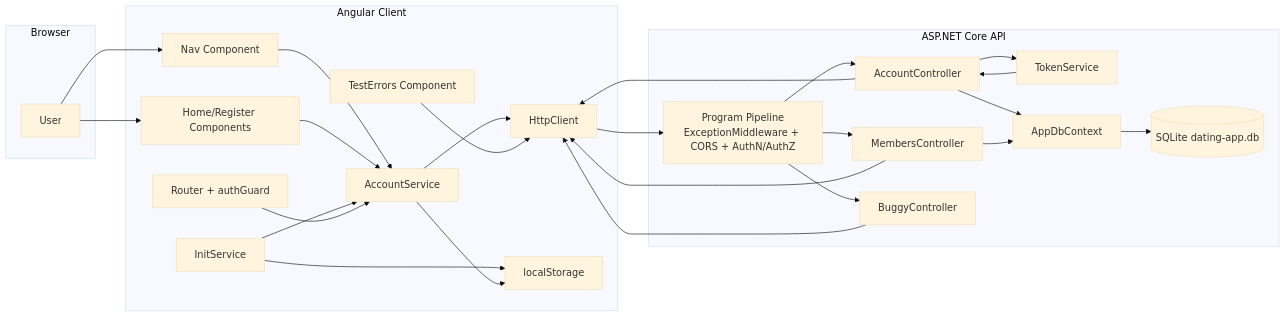
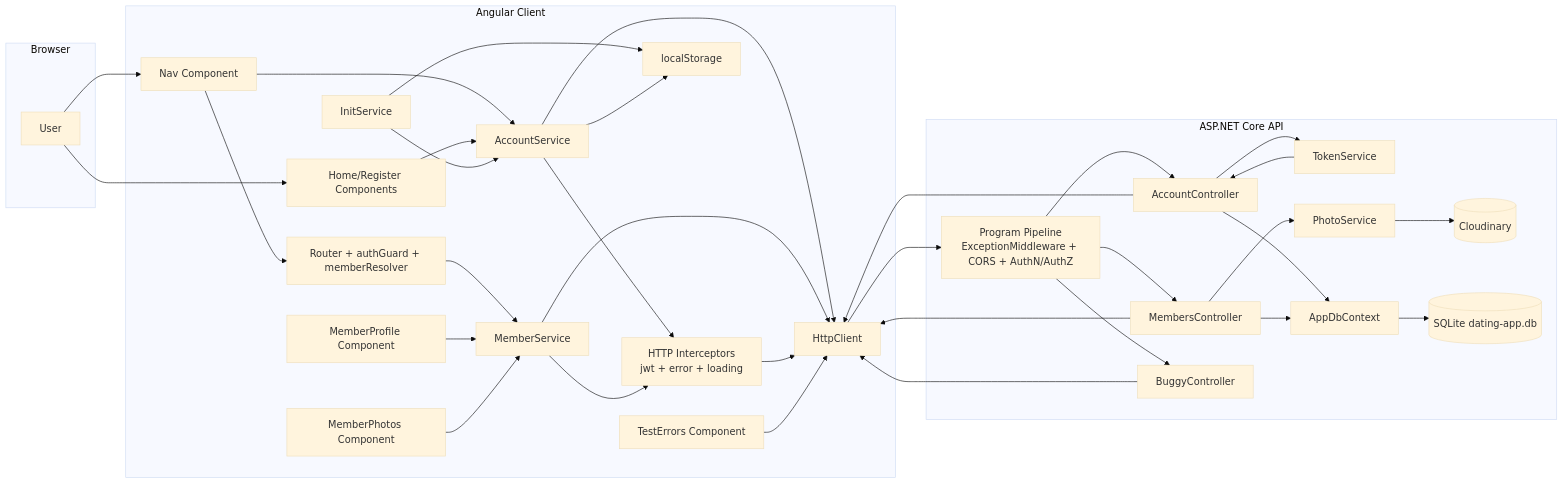
Before and after one commit to stevhook/dating-app: the first of 8 diagrams in docs/code-interactions.md, drawn with Mermaid (base theme). The commit also changed other lines of this file and 1 other file, not shown here.

````diff
--- a/docs/code-interactions.md
+++ b/docs/code-interactions.md
@@ -20,53 +20,68 @@
 ```mermaid
 flowchart LR
     subgraph Browser[Browser]
       U[User]
     end
 
     subgraph Client[Angular Client]
       NAV[Nav Component]
       HOME[Home/Register Components]
-      ROUTER[Router + authGuard]
+      ROUTER[Router + authGuard + memberResolver]
       INIT[InitService]
       ACC[AccountService]
+      MEM[MemberService]
+      INT[HTTP Interceptors\njwt + error + loading]
       HTTP[HttpClient]
       LS[localStorage]
+      PROF[MemberProfile Component]
+      PHOTOS[MemberPhotos Component]
       ERR[TestErrors Component]
     end
 
     subgraph Api[ASP.NET Core API]
       PIPE[Program Pipeline\nExceptionMiddleware + CORS + AuthN/AuthZ]
       AC[AccountController]
       MC[MembersController]
       BC[BuggyController]
       TOK[TokenService]
+      PS[PhotoService]
+      CLD[(Cloudinary)]
       DBCTX[AppDbContext]
       DB[(SQLite dating-app.db)]
     end
 
     U --> NAV
     U --> HOME
     NAV --> ACC
+    NAV --> ROUTER
     HOME --> ACC
+    ROUTER --> MEM
     ACC --> HTTP
+    MEM --> HTTP
+    INT --> HTTP
     INIT --> LS
     INIT --> ACC
     ACC --> LS
-    ROUTER --> ACC
+    ACC --> INT
+    MEM --> INT
+    PROF --> MEM
+    PHOTOS --> MEM
     ERR --> HTTP
 
     HTTP --> PIPE
     PIPE --> AC
     PIPE --> MC
     PIPE --> BC
 
     AC --> DBCTX
     MC --> DBCTX
     DBCTX --> DB
 
     AC --> TOK
+    MC --> PS
+    PS --> CLD
     TOK --> AC
     AC --> HTTP
     MC --> HTTP
     BC --> HTTP
 ```
````
